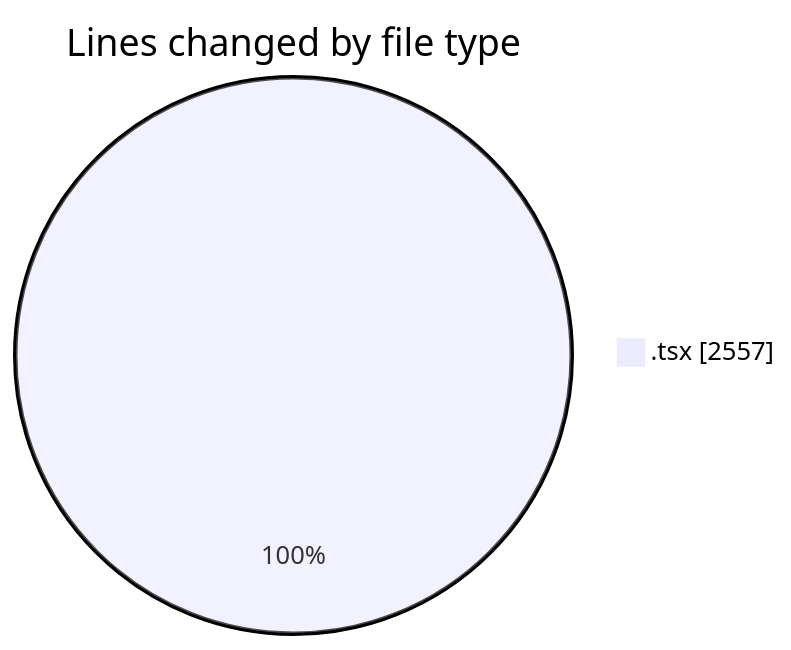
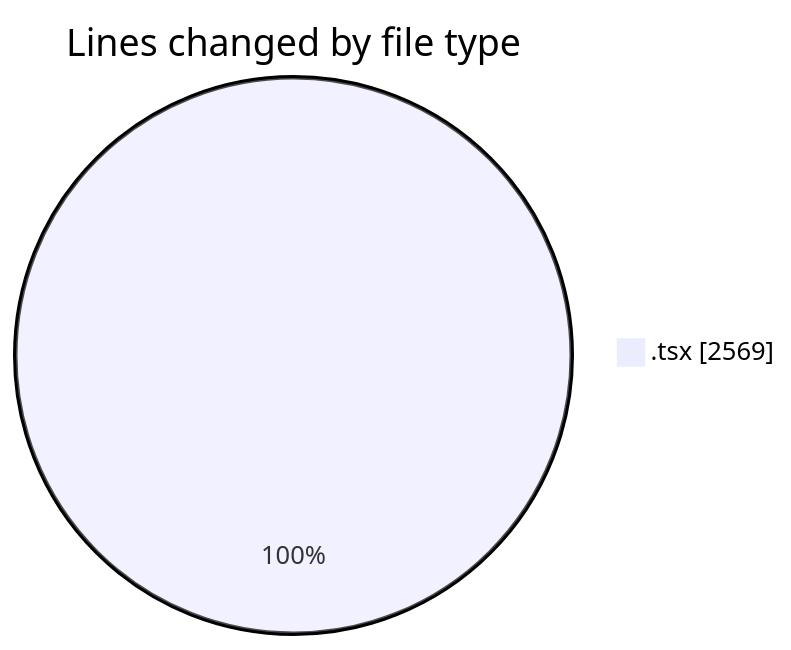
One commit to nxtqubesakshisongat/code-tracking changed the first of 2 diagrams in 2026-06-25/nxtqube_webapp/README.md. Above: the diagram before and after it, drawn with Mermaid. The commit also changed other lines of this file and 1 other file, not shown here.

````diff
--- a/2026-06-25/nxtqube_webapp/README.md
+++ b/2026-06-25/nxtqube_webapp/README.md
@@ -20,5 +20,5 @@
 ```mermaid
 pie showData
 title Lines changed by file type
-".tsx" : 2557
+".tsx" : 2569
 ```
````
